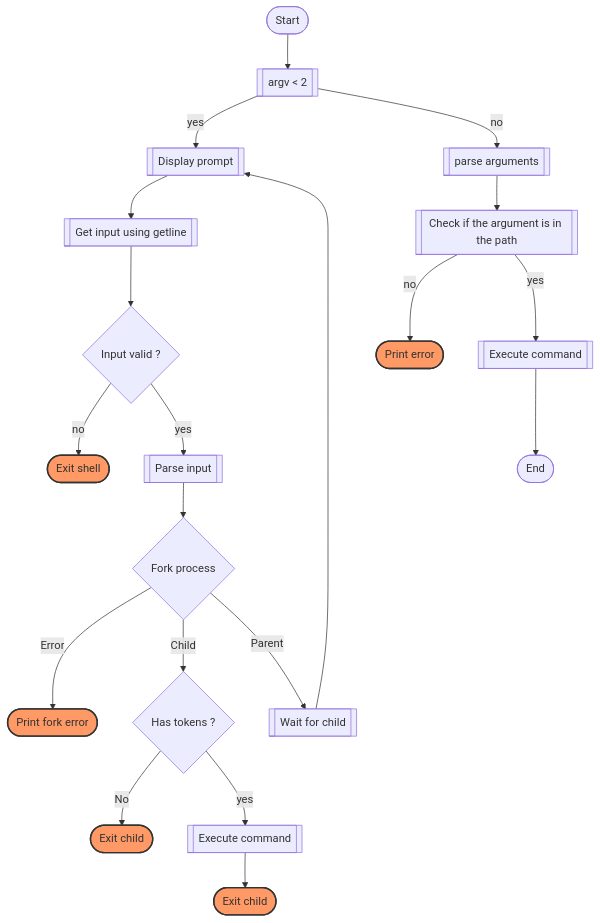
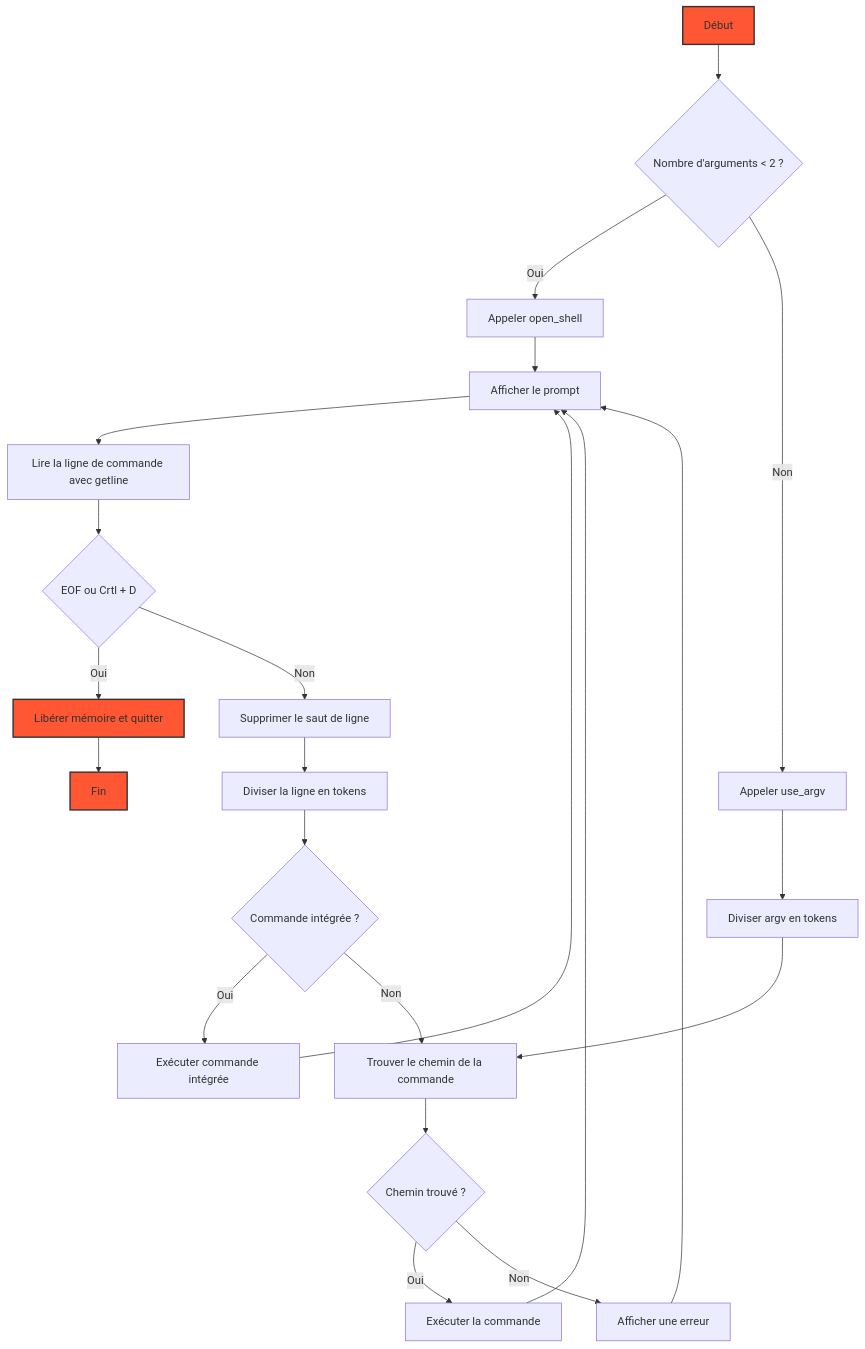
Before and after one commit to UsagerLambda/holbertonschool-simple_shell: the diagram in README.md, drawn with Mermaid. The commit also changed 4 other files, not shown here.

````diff
--- a/README.md
+++ b/README.md
@@ -3,26 +3,27 @@
 ```mermaid
 flowchart TD
-    A([Start]) --> B[[argv < 2]]
-    B -- yes --> C[[Display prompt]]
-    C --> D[[Get input using getline]]
-    D --> E{Input valid ?}
-    E -- no --> 1([Exit shell]):::error
-    E -- yes --> F[[Parse input]]
-    F --> G{Fork process}
-    G -- Error --> 2([Print fork error]):::error
-    G -- Child --> H{Has tokens ?}
-    G -- Parent --> I[[Wait for child]]
-    H -- No --> 3([Exit child]):::error
-    H -- yes --> J[[Execute command]]
-    J --> 4([Exit child]):::error
-    I --> C
+    A[Début] --> B{Nombre d'arguments < 2 ?}
+    B -- Oui --> C[Appeler open_shell]
+    B -- Non --> D[Appeler use_argv]
+    C --> E[Afficher le prompt]
+    E --> F[Lire la ligne de commande avec getline]
+    F --> G{EOF  ou Crtl + D}
+    G -- Oui --> H[Libérer mémoire et quitter]
+    G -- Non --> I[Supprimer le saut de ligne]
+    I --> J[Diviser la ligne en tokens]
+    J --> K{Commande intégrée ?}
+    K -- Oui --> L[Exécuter commande intégrée]
+    K -- Non --> M[Trouver le chemin de la commande]
+    L --> E
+    M --> N{Chemin trouvé ?}
+    N -- Oui --> P[Exécuter la commande]
+    N -- Non --> Q[Afficher une erreur]
+    P --> E
+    Q --> E
+    D --> R[Diviser argv en tokens]
+    R --> M
+    H --> S[Fin]
 
-    B -- no --> K[[parse arguments]]
-    K --> L[[Check if the argument is in the path]]
-    L -- no --> 5([Print error]):::error
-    L -- yes --> M[[Execute command]]
-    M --> N([End])
-
-    classDef error fill:#f96,stroke:#333,stroke-width:2px;
-    classDef exit fill:#e96,stroke:#333,stroke-width:2px;
+    classDef startEnd fill:#ff5733,stroke:#333,stroke-width:2px;
+    class A,H,S startEnd;
 ```
````
